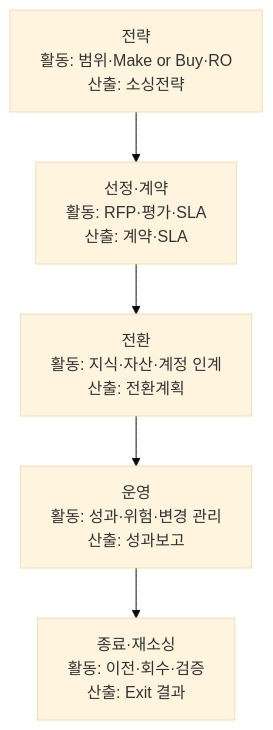
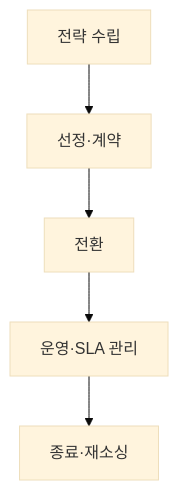
One commit to agnusdei1207/study changed the first of 3 diagrams in src/content/docs/notes/itpe/01-it-strategy/033_it_outsourcing.md. Above: the diagram before and after it, drawn with Mermaid (base theme). The commit also changed other lines of this file and 19 other files, not shown here.

````diff
--- a/src/content/docs/notes/itpe/01-it-strategy/033_it_outsourcing.md
+++ b/src/content/docs/notes/itpe/01-it-strategy/033_it_outsourcing.md
@@ -49,7 +49,7 @@
 ```mermaid
 flowchart TD
-    A["전략<br/>활동: 범위·Make or Buy·RO<br/>산출: 소싱전략"] --> B["선정·계약<br/>활동: RFP·평가·SLA<br/>산출: 계약·SLA"]
-    B --> C["전환<br/>활동: 지식·자산·계정 인계<br/>산출: 전환계획"]
-    C --> D["운영<br/>활동: 성과·위험·변경 관리<br/>산출: 성과보고"]
-    D --> E["종료·재소싱<br/>활동: 이전·회수·검증<br/>산출: Exit 결과"]
+    A["전략 수립"] --> B["선정·계약"]
+    B --> C["전환"]
+    C --> D["운영·SLA 관리"]
+    D --> E["종료·재소싱"]
 ```
````
